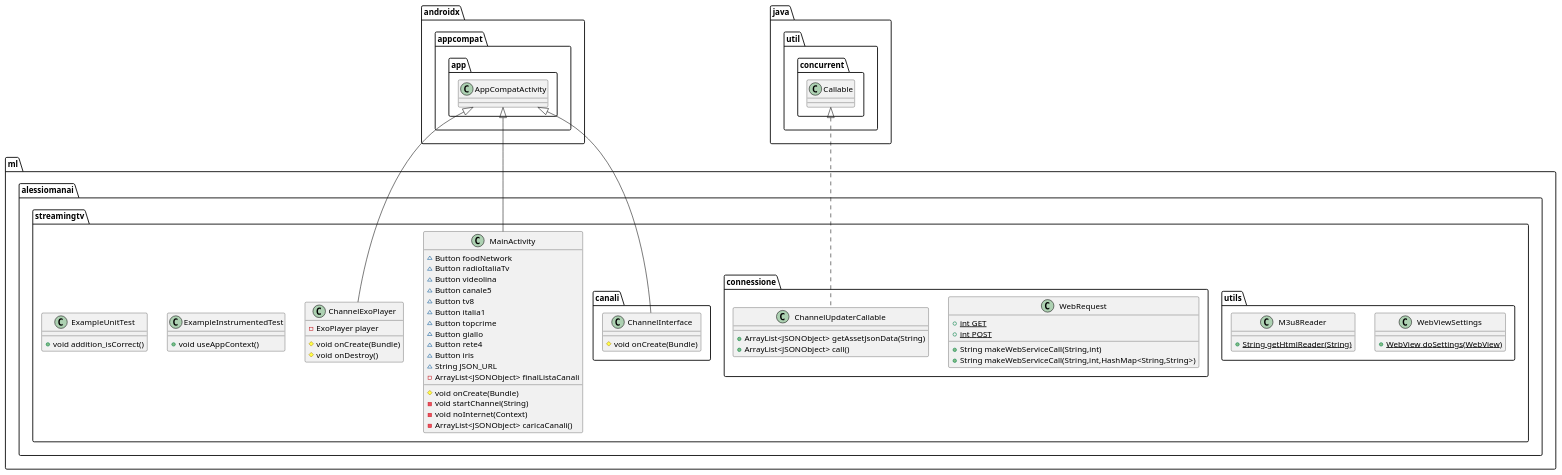
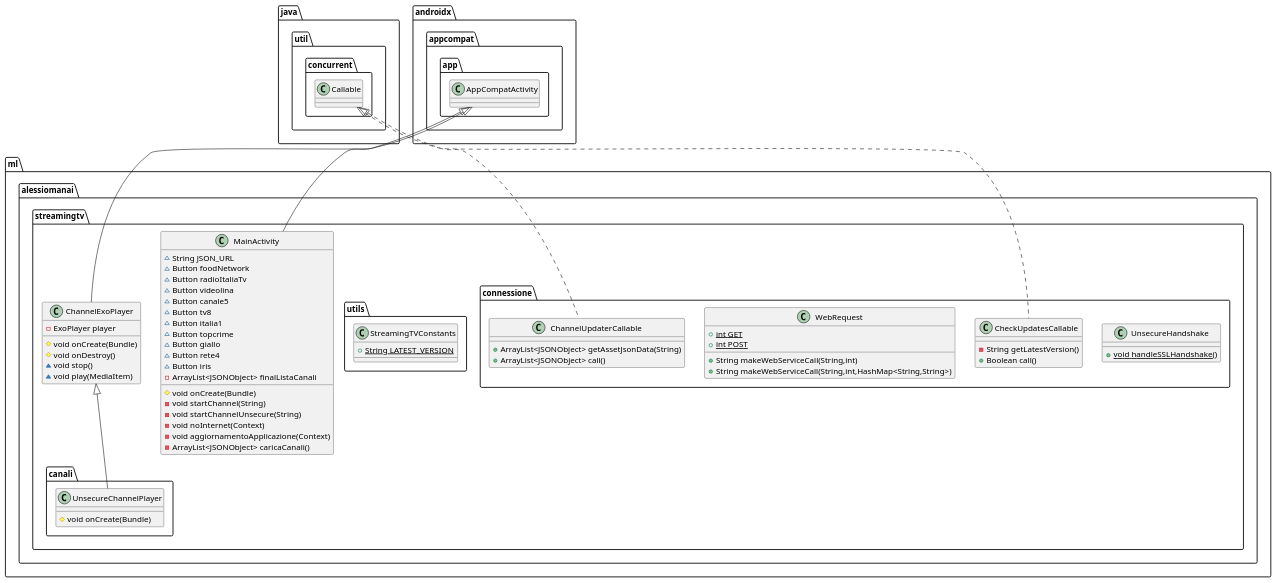
The diagram in docs/streamingtv.puml (alessiomanai/StreamingTV), drawn with PlantUML before and after one commit. The commit also changed 1 other file, not shown here.

```diff
--- a/docs/streamingtv.puml
+++ b/docs/streamingtv.puml
@@ -1,56 +1,70 @@
 @startuml
-class ml.alessiomanai.streamingtv.utils.WebViewSettings {
-+ {static} WebView doSettings(WebView)
+class ml.alessiomanai.streamingtv.connessione.UnsecureHandshake {
++ {static} void handleSSLHandshake()
 }
+
+class ml.alessiomanai.streamingtv.connessione.CheckUpdatesCallable {
+- String getLatestVersion()
++ Boolean call()
+}
+
+class ml.alessiomanai.streamingtv.utils.StreamingTVConstants {
++ {static} String LATEST_VERSION
+}
+
 class ml.alessiomanai.streamingtv.connessione.WebRequest {
 + {static} int GET
 + {static} int POST
 + String makeWebServiceCall(String,int)
 + String makeWebServiceCall(String,int,HashMap<String,String>)
 }
+
+
 class ml.alessiomanai.streamingtv.MainActivity {
+~ String JSON_URL
 ~ Button foodNetwork
 ~ Button radioItaliaTv
 ~ Button videolina
 ~ Button canale5
 ~ Button tv8
 ~ Button italia1
 ~ Button topcrime
 ~ Button giallo
 ~ Button rete4
 ~ Button iris
-~ String JSON_URL
 - ArrayList<JSONObject> finalListaCanali
 # void onCreate(Bundle)
 - void startChannel(String)
+- void startChannelUnsecure(String)
 - void noInternet(Context)
+- void aggiornamentoApplicazione(Context)
 - ArrayList<JSONObject> caricaCanali()
 }
+
+
 class ml.alessiomanai.streamingtv.connessione.ChannelUpdaterCallable {
 + ArrayList<JSONObject> getAssetJsonData(String)
 + ArrayList<JSONObject> call()
 }
+
 class ml.alessiomanai.streamingtv.ChannelExoPlayer {
 - ExoPlayer player
 # void onCreate(Bundle)
 # void onDestroy()
+~ void stop()
+~ void play(MediaItem)
 }
-class ml.alessiomanai.streamingtv.ExampleInstrumentedTest {
-+ void useAppContext()
-}
-class ml.alessiomanai.streamingtv.utils.M3u8Reader {
-+ {static} String getHtmlReader(String)
-}
-class ml.alessiomanai.streamingtv.ExampleUnitTest {
-+ void addition_isCorrect()
-}
-class ml.alessiomanai.streamingtv.canali.ChannelInterface {
+
+
+class ml.alessiomanai.streamingtv.canali.UnsecureChannelPlayer {
 # void onCreate(Bundle)
 }
 
 
+
+java.util.concurrent.Callable <|.. ml.alessiomanai.streamingtv.connessione.CheckUpdatesCallable
 androidx.appcompat.app.AppCompatActivity <|-- ml.alessiomanai.streamingtv.MainActivity
 java.util.concurrent.Callable <|.. ml.alessiomanai.streamingtv.connessione.ChannelUpdaterCallable
 androidx.appcompat.app.AppCompatActivity <|-- ml.alessiomanai.streamingtv.ChannelExoPlayer
-androidx.appcompat.app.AppCompatActivity <|-- ml.alessiomanai.streamingtv.canali.ChannelInterface
+ml.alessiomanai.streamingtv.ChannelExoPlayer <|-- ml.alessiomanai.streamingtv.canali.UnsecureChannelPlayer
 @enduml
```
